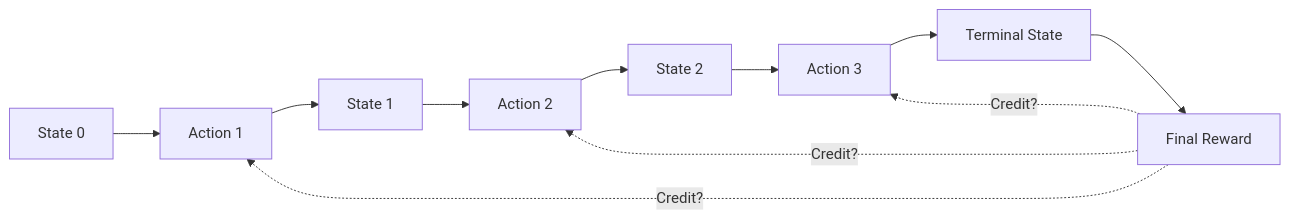
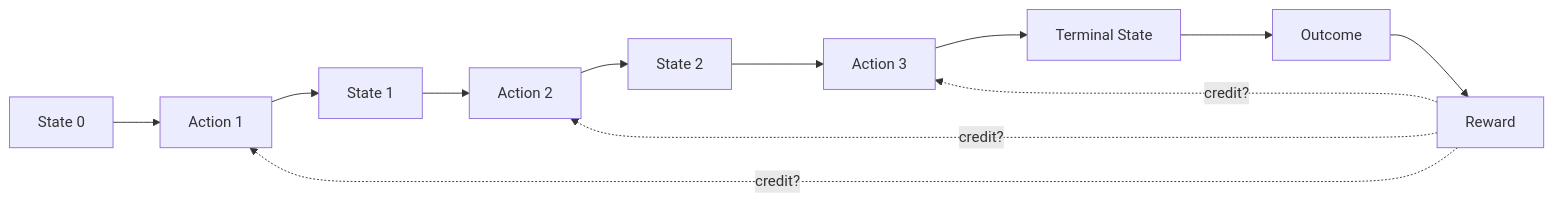
Before and after one commit to JiangHui0203/Homework: the first of 3 diagrams in LLM_Agent_Data/13_Task_Success_and_Credit_Assignment.md, drawn with Mermaid. The commit also changed other lines of this file, not shown here.

Commit message:
Refine chapter 13 as canonical credit assignment chapter

````diff
--- a/LLM_Agent_Data/13_Task_Success_and_Credit_Assignment.md
+++ b/LLM_Agent_Data/13_Task_Success_and_Credit_Assignment.md
@@ -61,14 +59,15 @@
 ```mermaid
 flowchart LR
     S0[State 0] --> A1[Action 1]
     A1 --> S1[State 1]
     S1 --> A2[Action 2]
     A2 --> S2[State 2]
     S2 --> A3[Action 3]
     A3 --> ST[Terminal State]
-    ST --> R[Final Reward]
+    ST --> O[Outcome]
+    O --> R[Reward]
 
-    R -. Credit? .-> A1
-    R -. Credit? .-> A2
-    R -. Credit? .-> A3
+    R -. credit? .-> A1
+    R -. credit? .-> A2
+    R -. credit? .-> A3
 ```
````
